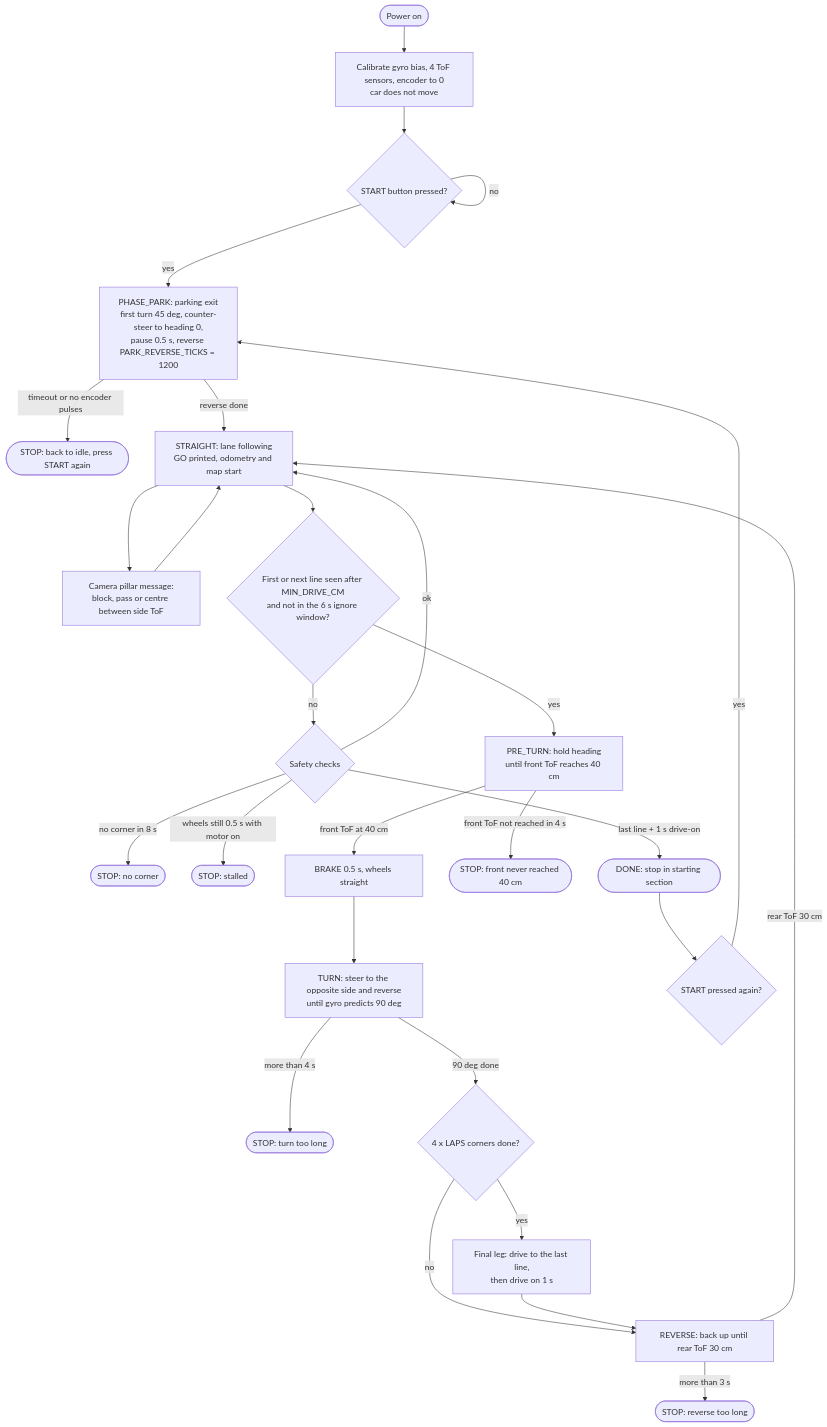
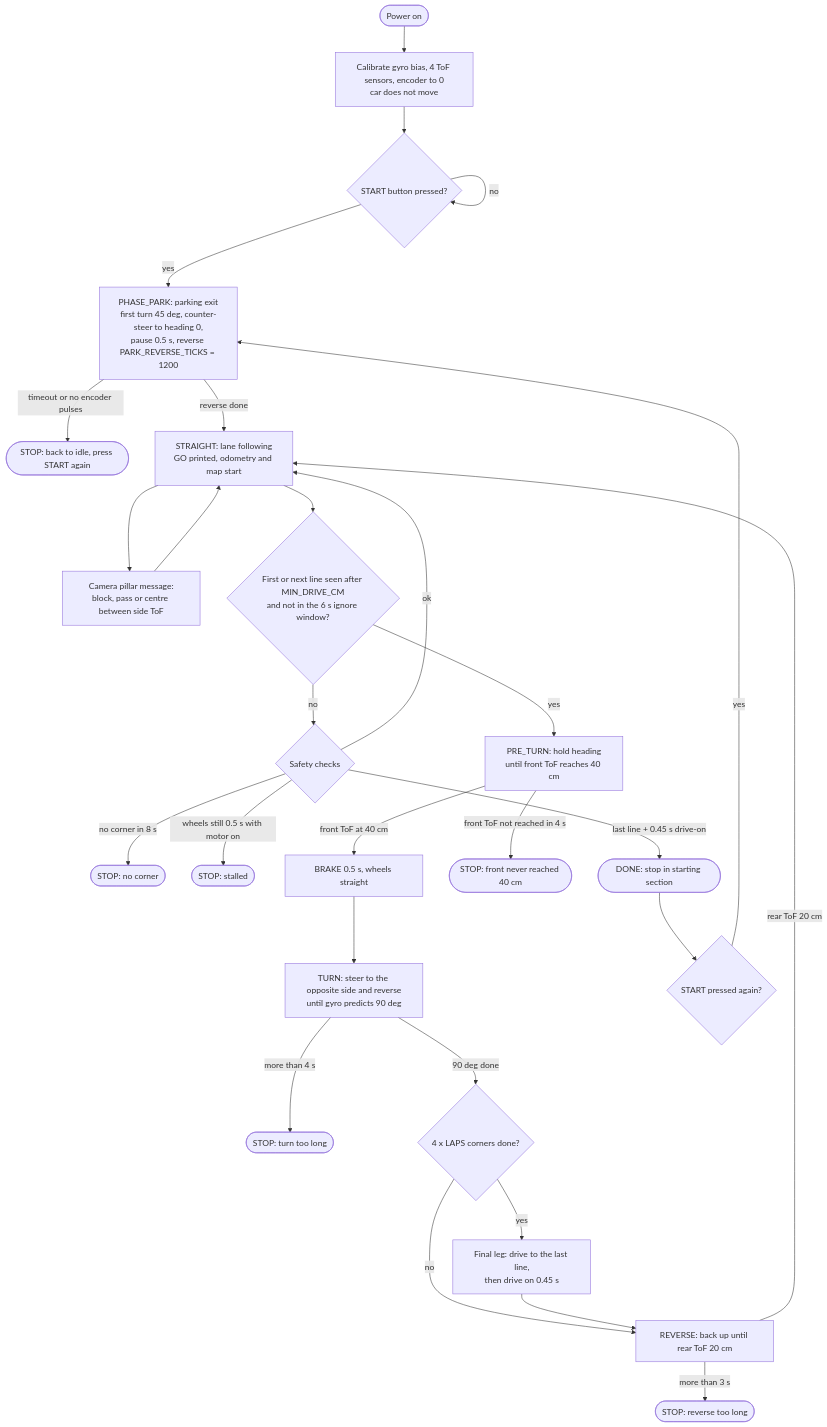
One commit to henryalejandrorieraloza-sudo/WRO-2026-Future-Engineers-Journal changed the fifth of 5 diagrams in README.md. Above: the diagram before and after it, drawn with Mermaid. The commit also changed 1 other file, not shown here.

Commit message:
docs: fix Obstacle flowchart to match code; document the third-commit snapshot
- README 9.11: final leg drives on 0.45 s (FINAL_EXTRA_S), not 1 s
- README 9.11: reverse ends at rear ToF 20 cm (REAR_STOP_CM), not 30 cm
- COMMITS.md: name the frozen snapshot tag for the third commit and note
  the early "Add files via upload" commits and the tab-split byte count

Claude-Session: https://claude.ai/code/session_01P9CceXsks3d1crVfrn94Ew

````diff
--- a/README.md
+++ b/README.md
@@ -779,33 +779,33 @@
 ```mermaid
 flowchart TD
     P0([Power on]) --> P1[Calibrate gyro bias, 4 ToF sensors, encoder to 0<br/>car does not move]
     P1 --> W{START button pressed?}
     W -- no --> W
     W -- yes --> PK[PHASE_PARK: parking exit<br/>first turn 45 deg, counter-steer to heading 0,<br/>pause 0.5 s, reverse PARK_REVERSE_TICKS = 1200]
     PK -- timeout or no encoder pulses --> IDLE([STOP: back to idle, press START again])
     PK -- reverse done --> S[STRAIGHT: lane following<br/>GO printed, odometry and map start]
 
     S --> PIL[Camera pillar message:<br/>block, pass or centre between side ToF]
     PIL --> S
     S --> LN{First or next line seen after MIN_DRIVE_CM<br/>and not in the 6 s ignore window?}
     LN -- no --> SAFE{Safety checks}
     LN -- yes --> PT[PRE_TURN: hold heading<br/>until front ToF reaches 40 cm]
 
     SAFE -- no corner in 8 s --> X1([STOP: no corner])
     SAFE -- wheels still 0.5 s with motor on --> X2([STOP: stalled])
-    SAFE -- last line + 1 s drive-on --> DN([DONE: stop in starting section])
+    SAFE -- last line + 0.45 s drive-on --> DN([DONE: stop in starting section])
     SAFE -- ok --> S
 
     PT -- front ToF not reached in 4 s --> X3([STOP: front never reached 40 cm])
     PT -- front ToF at 40 cm --> BR[BRAKE 0.5 s, wheels straight]
     BR --> TU[TURN: steer to the opposite side and reverse<br/>until gyro predicts 90 deg]
     TU -- more than 4 s --> X4([STOP: turn too long])
     TU -- 90 deg done --> CN{4 x LAPS corners done?}
-    CN -- no --> RV[REVERSE: back up until rear ToF 30 cm]
-    CN -- yes --> FL[Final leg: drive to the last line,<br/>then drive on 1 s] --> RV
+    CN -- no --> RV[REVERSE: back up until rear ToF 20 cm]
+    CN -- yes --> FL[Final leg: drive to the last line,<br/>then drive on 0.45 s] --> RV
     RV -- more than 3 s --> X5([STOP: reverse too long])
-    RV -- rear ToF 30 cm --> S
+    RV -- rear ToF 20 cm --> S
 
     DN --> W2{START pressed again?}
     W2 -- yes --> PK
 ```
````
